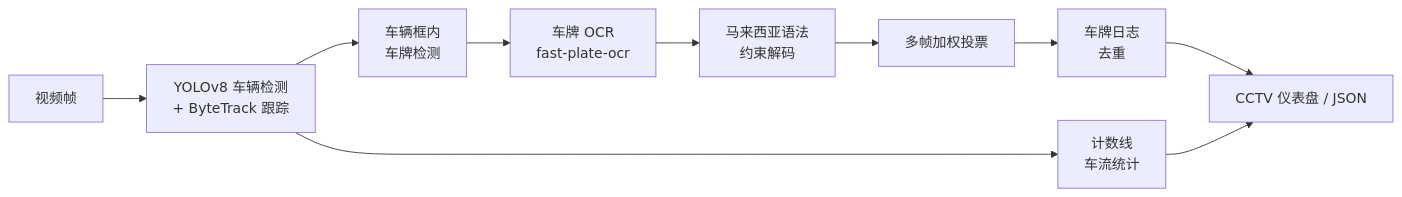
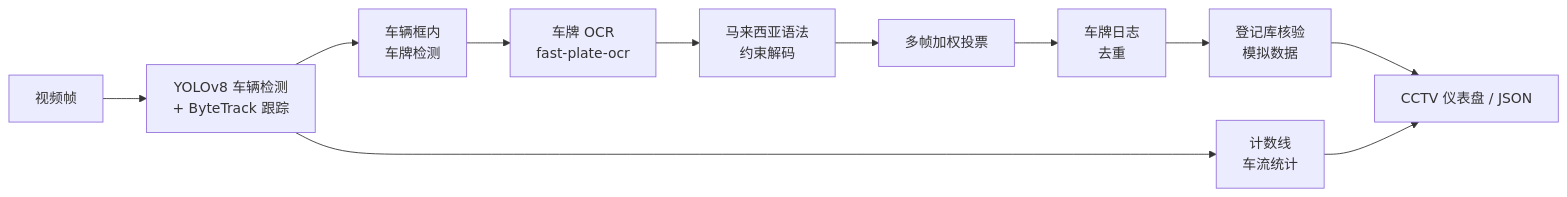
One commit to XIE-YIFEI/Software-Engineering-Group-project changed the first of 2 diagrams in ALPR_INTRODUCTION.md. Above: the diagram before and after it, drawn with Mermaid. The commit also changed other lines of this file and 29 other files, not shown here.

````diff
--- a/ALPR_INTRODUCTION.md
+++ b/ALPR_INTRODUCTION.md
@@ -72,12 +119,13 @@
 ```mermaid
 flowchart LR
     A[视频帧] --> B[YOLOv8 车辆检测<br/>+ ByteTrack 跟踪]
     B --> C[车辆框内<br/>车牌检测]
     C --> D[车牌 OCR<br/>fast-plate-ocr]
     D --> E[马来西亚语法<br/>约束解码]
     E --> F[多帧加权投票]
     F --> G[车牌日志<br/>去重]
+    G --> R[登记库核验<br/>模拟数据]
     B --> H[计数线<br/>车流统计]
-    G --> I[CCTV 仪表盘 / JSON]
+    R --> I[CCTV 仪表盘 / JSON]
     H --> I
 ```
````
